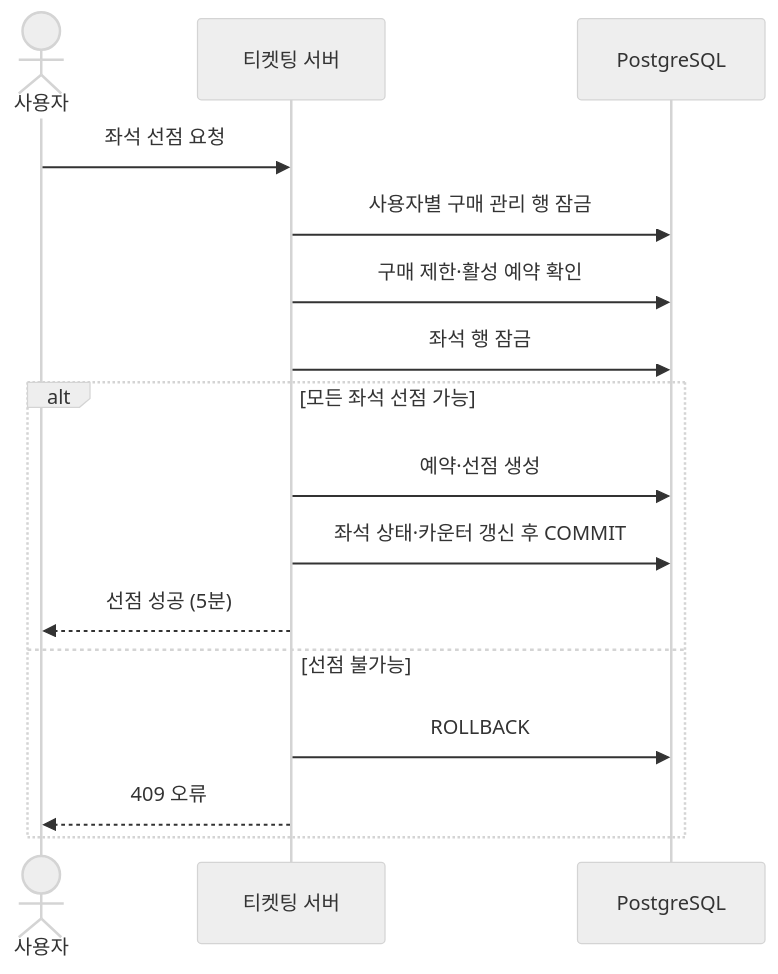
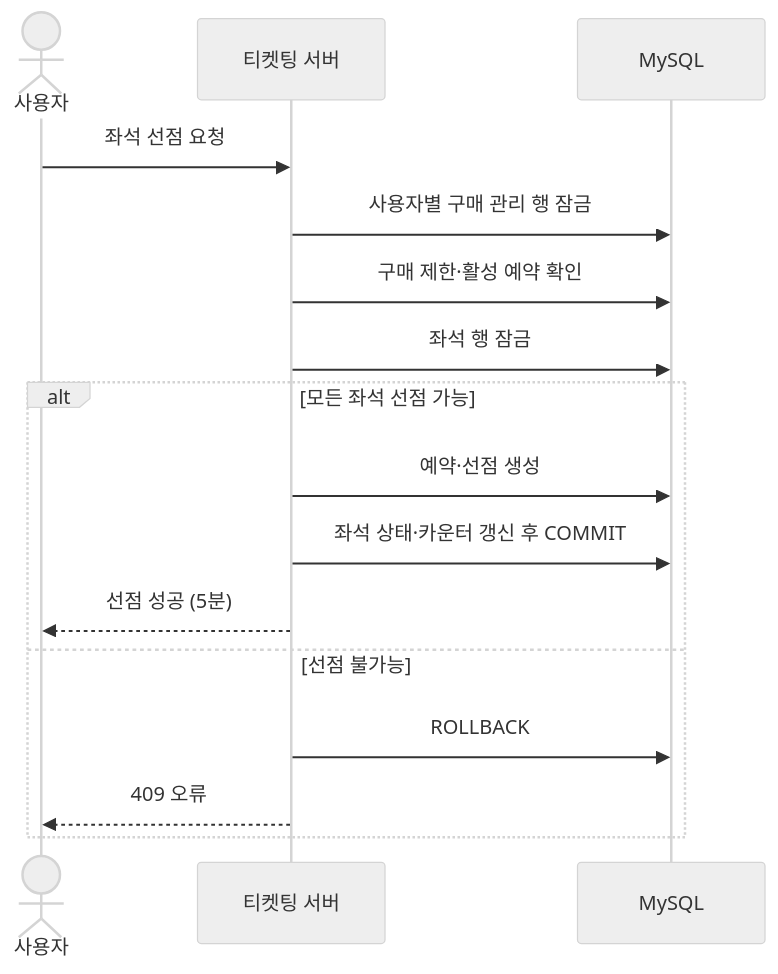
One commit to prgrms-be-devcourse/NBE12-14-final-RESTLESS changed the fourth of 8 diagrams in docs/domains/ticketing/design.md. Above: the diagram before and after it, drawn with Mermaid (neutral theme). The commit also changed other lines of this file and 15 other files, not shown here.

````diff
--- a/docs/domains/ticketing/design.md
+++ b/docs/domains/ticketing/design.md
@@ -141,19 +154,19 @@
 ```mermaid
 sequenceDiagram
     actor U as 사용자
     participant T as 티켓팅 서버
-    participant DB as PostgreSQL
+    participant DB as MySQL
     U->>T: 좌석 선점 요청
     T->>DB: 사용자별 구매 관리 행 잠금
     T->>DB: 구매 제한·활성 예약 확인
     T->>DB: 좌석 행 잠금
     alt 모든 좌석 선점 가능
         T->>DB: 예약·선점 생성
         T->>DB: 좌석 상태·카운터 갱신 후 COMMIT
         T-->>U: 선점 성공 (5분)
     else 선점 불가능
         T->>DB: ROLLBACK
         T-->>U: 409 오류
     end
 
 ```
````
